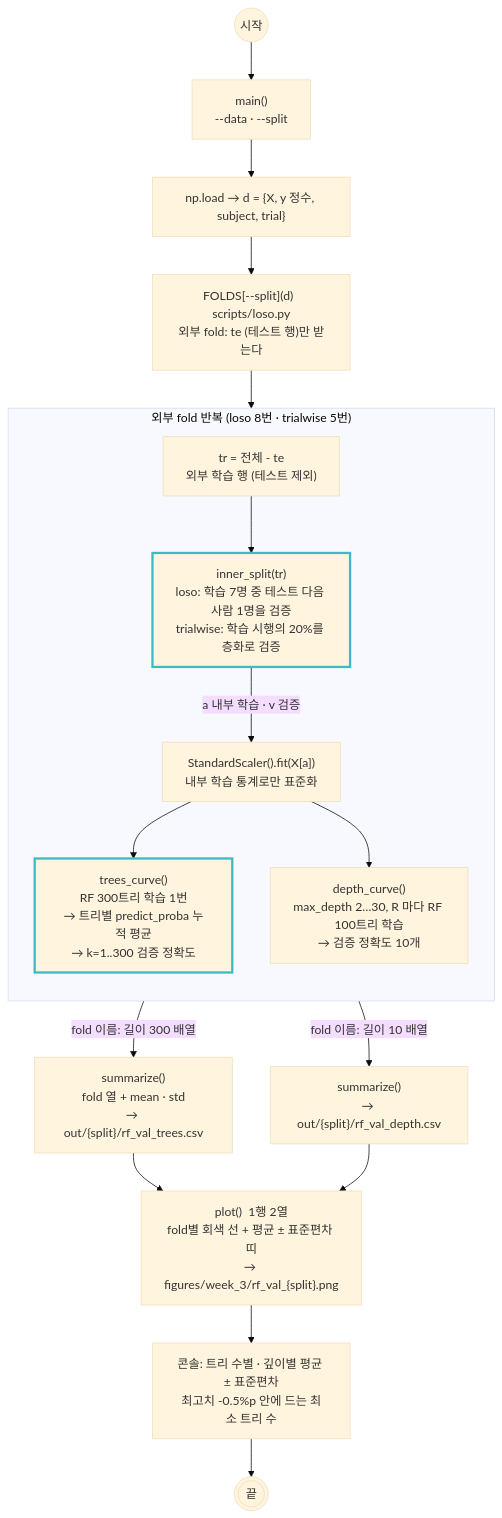
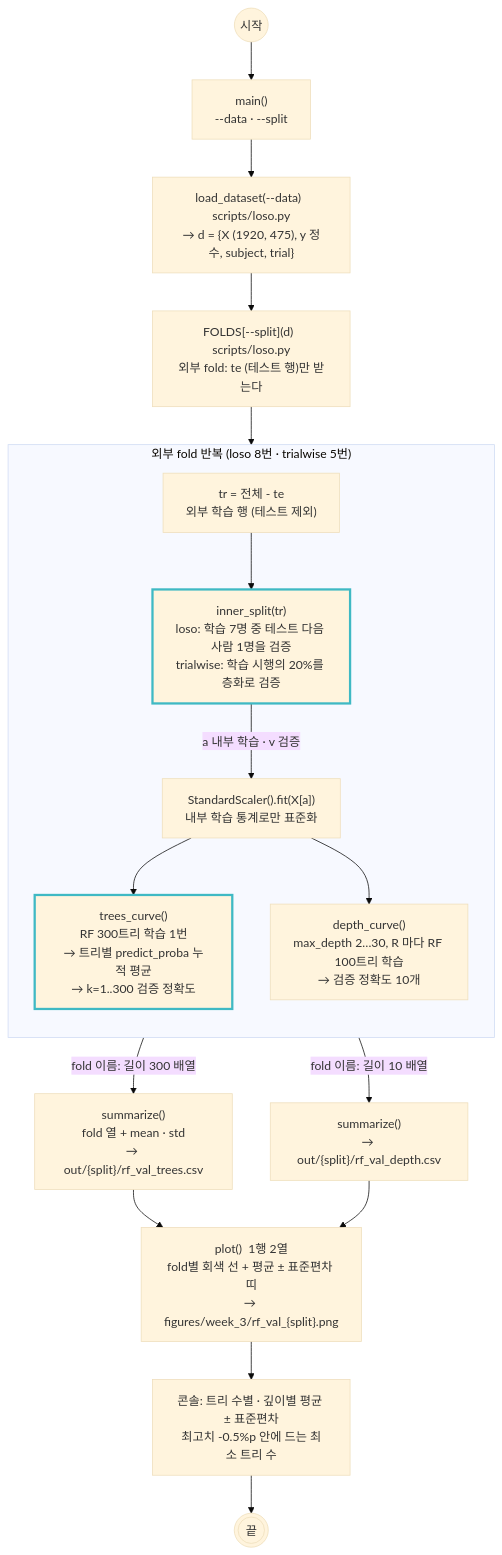
The diagram in docs/rf_validation.md (wm-shin/semg_arm_pred), drawn with Mermaid (base theme) before and after one commit. The commit also changed other lines of this file and 24 other files, not shown here.

````diff
--- a/docs/rf_validation.md
+++ b/docs/rf_validation.md
@@ -7,29 +7,29 @@
 ```mermaid
 flowchart TD
     start((시작)) --> M["main()<br/>--data · --split"]
-    M --> L["np.load → d = {X, y 정수, subject, trial}"]
+    M --> L["load_dataset(--data)  scripts/loso.py<br/>→ d = {X (1920, 475), y 정수, subject, trial}"]
     L --> LF["FOLDS[--split](d)  scripts/loso.py<br/>외부 fold: te (테스트 행)만 받는다"]
 
     subgraph G["외부 fold 반복 (loso 8번 · trialwise 5번)"]
         direction TB
         TR["tr = 전체 - te<br/>외부 학습 행 (테스트 제외)"]
         IS["inner_split(tr)<br/>loso: 학습 7명 중 테스트 다음 사람 1명을 검증<br/>trialwise: 학습 시행의 20%를 층화로 검증"]
         SC["StandardScaler().fit(X[a])<br/>내부 학습 통계로만 표준화"]
         TC["trees_curve()<br/>RF 300트리 학습 1번<br/>→ 트리별 predict_proba 누적 평균<br/>→ k=1..300 검증 정확도"]
         DC["depth_curve()<br/>max_depth 2…30, R 마다 RF 100트리 학습<br/>→ 검증 정확도 10개"]
         TR --> IS -- "a 내부 학습 · v 검증" --> SC
         SC --> TC
         SC --> DC
     end
     LF --> G
 
     TC -- "fold 이름: 길이 300 배열" --> ST["summarize()<br/>fold 열 + mean · std<br/>→ out/{split}/rf_val_trees.csv"]
     DC -- "fold 이름: 길이 10 배열" --> SD["summarize()<br/>→ out/{split}/rf_val_depth.csv"]
     ST --> P["plot()  1행 2열<br/>fold별 회색 선 + 평균 ± 표준편차 띠<br/>→ figures/week_3/rf_val_{split}.png"]
     SD --> P
     P --> S["콘솔: 트리 수별 · 깊이별 평균 ± 표준편차<br/>최고치 -0.5%p 안에 드는 최소 트리 수"]
     S --> stop(((끝)))
 
     style IS stroke:#3fb9c4,stroke-width:3px
     style TC stroke:#3fb9c4,stroke-width:3px
 ```
````
